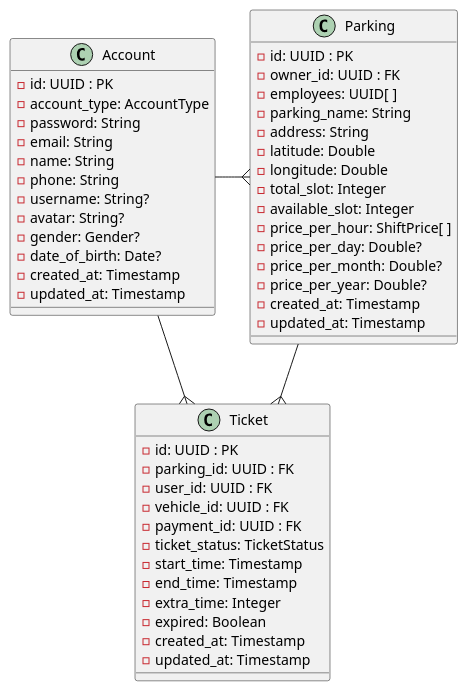
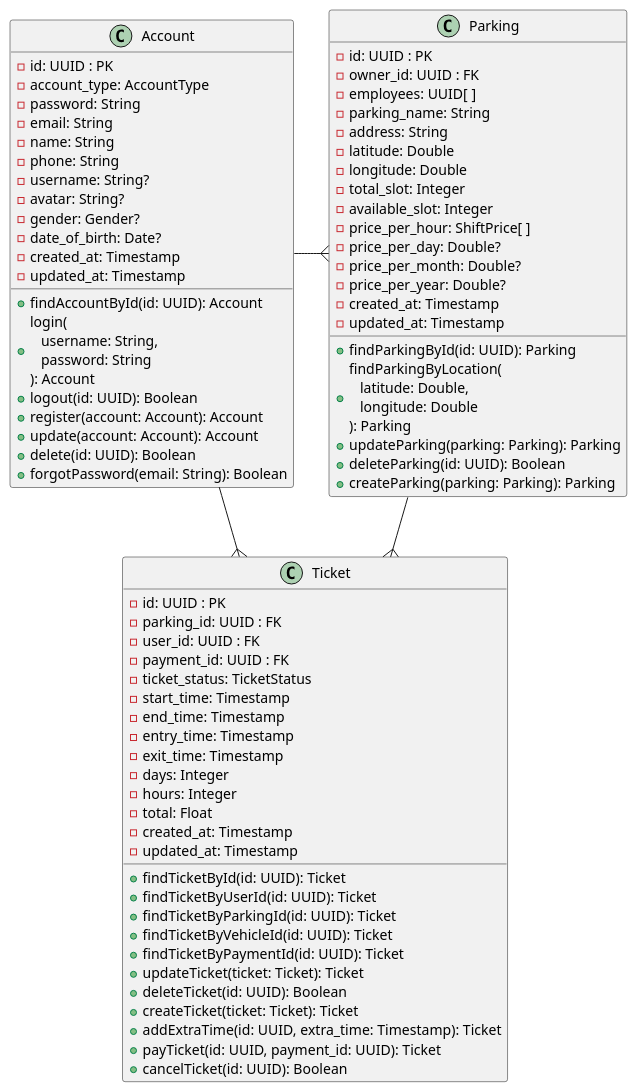
Before and after one commit to hieutbui/graduation-diagram: the diagram in class/overall.wsd, drawn with PlantUML. The commit also changed 3 other files, not shown here.

Commit message:
Update class diagrams

```diff
--- a/class/overall.wsd
+++ b/class/overall.wsd
@@ -1,56 +1,84 @@
 @startuml class_overall
 
 class Account {
   -id: UUID : PK
   -account_type: AccountType
   -password: String
   -email: String
   -name: String
   -phone: String
   -username: String?
   -avatar: String?
   -gender: Gender?
   -date_of_birth: Date?
   -created_at: Timestamp
   -updated_at: Timestamp
+
+  +findAccountById(id: UUID): Account
+  +login(\n   username: String, \n   password: String\n): Account
+  +logout(id: UUID): Boolean
+  +register(account: Account): Account
+  +update(account: Account): Account
+  +delete(id: UUID): Boolean
+  +forgotPassword(email: String): Boolean
 }
 
 class Parking {
   -id: UUID : PK
   -owner_id: UUID : FK
   -employees: UUID[ ]
   -parking_name: String
   -address: String
   -latitude: Double
   -longitude: Double
   -total_slot: Integer
   -available_slot: Integer
   -price_per_hour: ShiftPrice[ ]
   -price_per_day: Double?
   -price_per_month: Double?
   -price_per_year: Double?
   -created_at: Timestamp
   -updated_at: Timestamp
+
+  +findParkingById(id: UUID): Parking
+  +findParkingByLocation(\n   latitude: Double, \n   longitude: Double\n): Parking
+  +updateParking(parking: Parking): Parking
+  +deleteParking(id: UUID): Boolean
+  +createParking(parking: Parking): Parking
 }
 
 class Ticket {
   -id: UUID : PK
   -parking_id: UUID : FK
   -user_id: UUID : FK
-  -vehicle_id: UUID : FK
   -payment_id: UUID : FK
   -ticket_status: TicketStatus
   -start_time: Timestamp
   -end_time: Timestamp
-  -extra_time: Integer
-  -expired: Boolean
+  -entry_time: Timestamp
+  -exit_time: Timestamp
+  -days: Integer
+  -hours: Integer
+  -total: Float
   -created_at: Timestamp
   -updated_at: Timestamp
+
+  +findTicketById(id: UUID): Ticket
+  +findTicketByUserId(id: UUID): Ticket
+  +findTicketByParkingId(id: UUID): Ticket
+  +findTicketByVehicleId(id: UUID): Ticket
+  +findTicketByPaymentId(id: UUID): Ticket
+  +updateTicket(ticket: Ticket): Ticket
+  +deleteTicket(id: UUID): Boolean
+  +createTicket(ticket: Ticket): Ticket
+  +addExtraTime(id: UUID, extra_time: Timestamp): Ticket
+  +payTicket(id: UUID, payment_id: UUID): Ticket
+  +cancelTicket(id: UUID): Boolean
 }
 
 Account --{ Ticket
 Account -right-{ Parking
 
 Parking --{ Ticket
 
 @enduml
```
